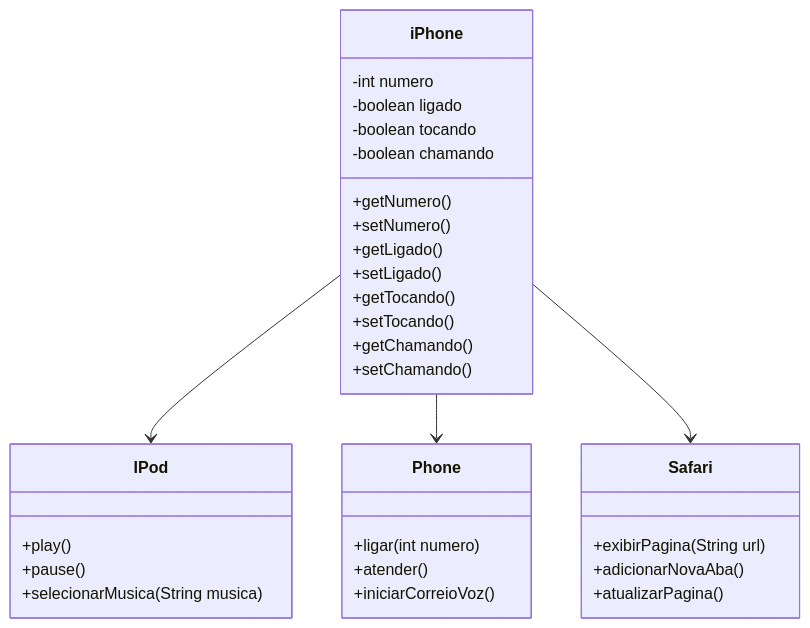
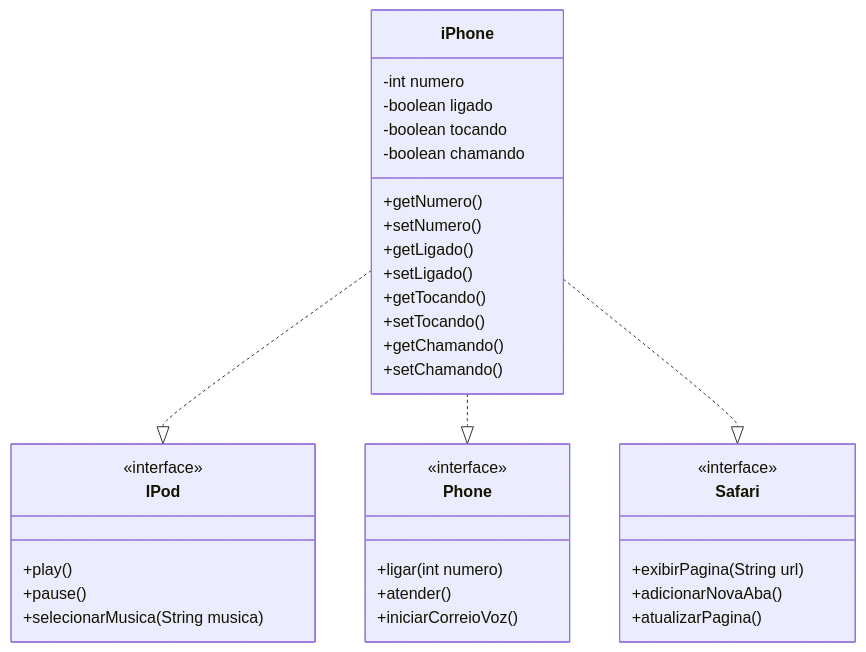
One commit to nataliabrunelli/desafio-poo-iphone changed the diagram in README.md. Above: the diagram before and after it, drawn with Mermaid. The commit also changed other lines of this file, not shown here.

````diff
--- a/README.md
+++ b/README.md
@@ -5,39 +5,42 @@
 ```mermaid
 classDiagram
     class IPod {
+        <<interface>>
         +play()
         +pause()
         +selecionarMusica(String musica)
     }
 
     class Phone {
+        <<interface>>
         +ligar(int numero)
         +atender()
         +iniciarCorreioVoz()
     }
 
     class Safari {
+        <<interface>>
         +exibirPagina(String url)
         +adicionarNovaAba()
         +atualizarPagina()
     }
 
     class iPhone {
         -int numero
         -boolean ligado
         -boolean tocando
         -boolean chamando
         +getNumero()
         +setNumero()
         +getLigado()
         +setLigado()
         +getTocando()
         +setTocando()
         +getChamando()
         +setChamando()
     }
 
-    iPhone --> IPod
-    iPhone --> Phone
-    iPhone --> Safari
+    iPhone ..|> IPod
+    iPhone ..|> Phone
+    iPhone ..|> Safari
 ```
````
